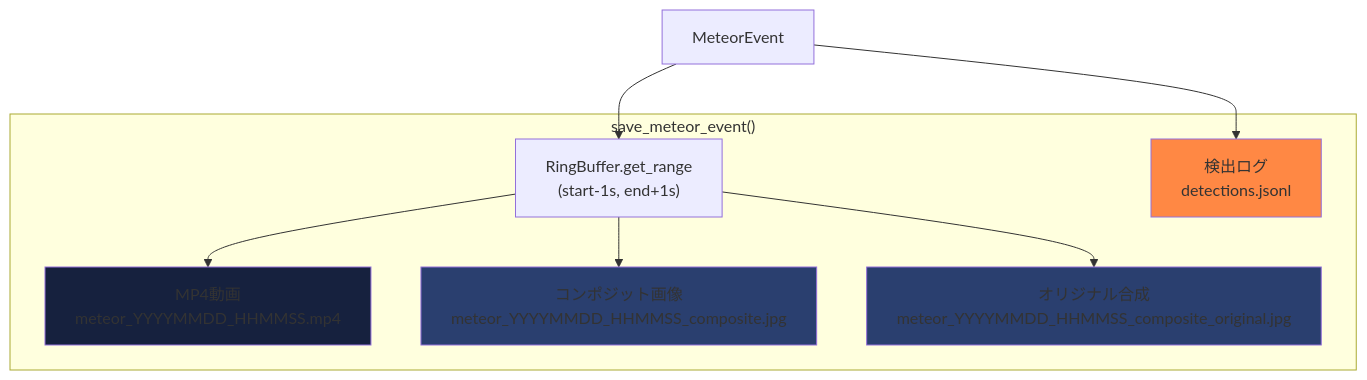
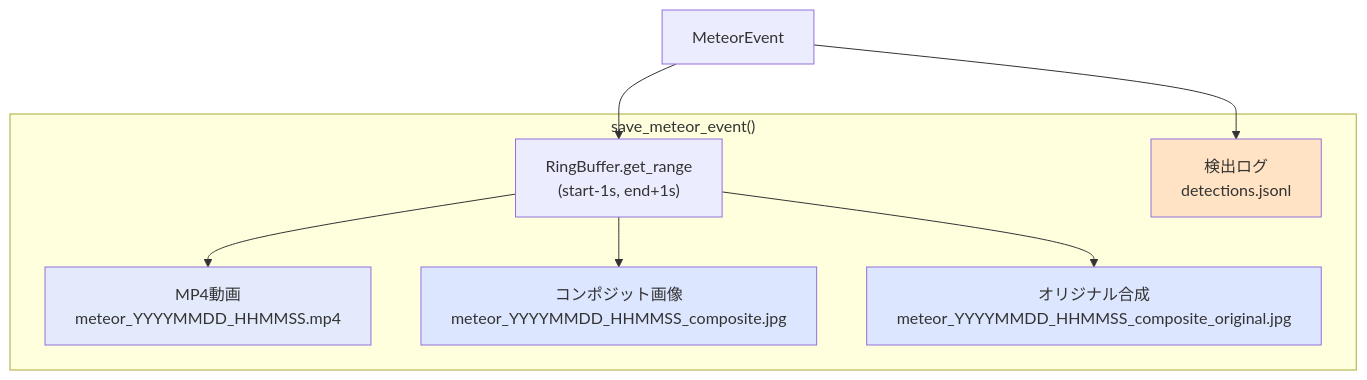
One commit to Masakai/meteo changed diagram 11 of 12 in documents/DETECTOR_COMPONENTS.md. Above: the diagram before and after it, drawn with Mermaid. The commit also changed other lines of this file and 8 other files, not shown here.

Commit message:
- Mermaidダイアグラム用スタイルのカラーパレットを調整   - セーフティカラーを温和なトーンへ変更   - Mermaidテーマ設定のドキュメントやスクリプトを更新 - WebRTC/Go2RTC関連のドキュメント強化   - `go2rtc` コンテナ仕様、図解を追加   - ダッシュボード埋め込み方式とストリーミング設定を反映   - 構築手順にポートや依存関係情報を補足

````diff
--- a/documents/DETECTOR_COMPONENTS.md
+++ b/documents/DETECTOR_COMPONENTS.md
@@ -715,24 +715,24 @@
 ```mermaid
 graph TD
     Event["MeteorEvent"]
 
     subgraph "save_meteor_event()"
         GetFrames["RingBuffer.get_range<br/>(start-1s, end+1s)"]
 
         Video["MP4動画<br/>meteor_YYYYMMDD_HHMMSS.mp4"]
         Composite["コンポジット画像<br/>meteor_YYYYMMDD_HHMMSS_composite.jpg"]
         Original["オリジナル合成<br/>meteor_YYYYMMDD_HHMMSS_composite_original.jpg"]
         JSONL["検出ログ<br/>detections.jsonl"]
     end
 
     Event --> GetFrames
     GetFrames --> Video
     GetFrames --> Composite
     GetFrames --> Original
     Event --> JSONL
 
-    style Video fill:#16213e
-    style Composite fill:#2a3f6f
-    style Original fill:#2a3f6f
-    style JSONL fill:#ff8844
+    style Video fill:#e2eafc
+    style Composite fill:#dce6ff
+    style Original fill:#dce6ff
+    style JSONL fill:#ffe3c4
 ```
````
